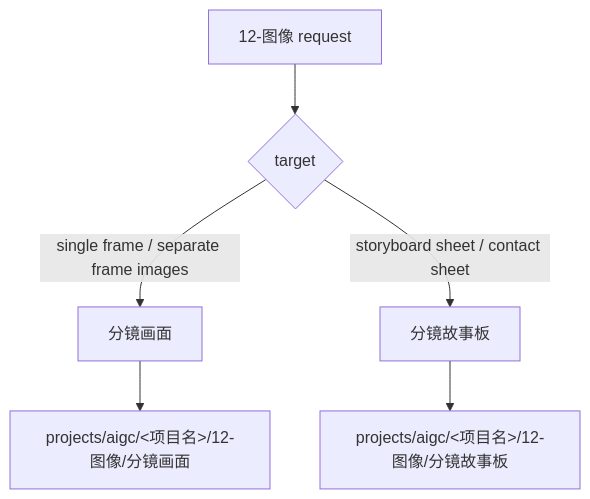
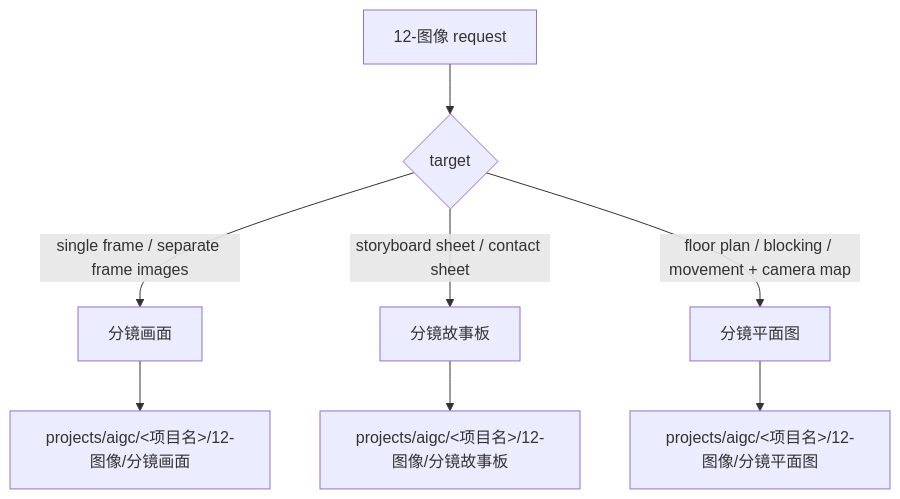
Before and after one commit to ZEN-VOID/AI-CUT: the diagram in .agents/skills/aigc/12-图像/SKILL.md, drawn with Mermaid. The commit also changed other lines of this file and 573 other files, not shown here.

````diff
--- a/.agents/skills/aigc/12-图像/SKILL.md
+++ b/.agents/skills/aigc/12-图像/SKILL.md
@@ -139,8 +148,10 @@
 ```mermaid
 flowchart TD
     A["12-图像 request"] --> B{"target"}
     B -->|"single frame / separate frame images"| C["分镜画面"]
     B -->|"storyboard sheet / contact sheet"| D["分镜故事板"]
+    B -->|"floor plan / blocking / movement + camera map"| G["分镜平面图"]
     C --> E["projects/aigc/<项目名>/12-图像/分镜画面"]
     D --> F["projects/aigc/<项目名>/12-图像/分镜故事板"]
+    G --> H["projects/aigc/<项目名>/12-图像/分镜平面图"]
 ```
````
